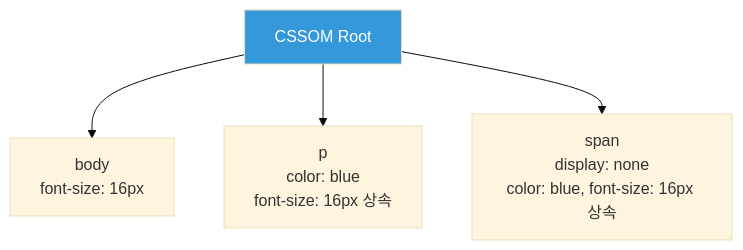
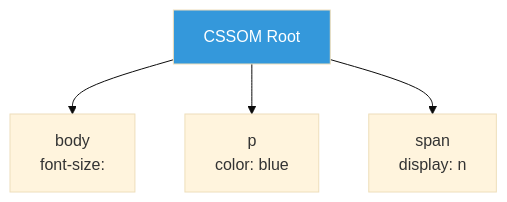
One commit to yjkim2015/yjkim2015.github.io changed the fifth of 10 diagrams in _posts/frontend/2026-05-02-browser-rendering.md. Above: the diagram before and after it, drawn with Mermaid (base theme). The commit also changed other lines of this file and 271 other files, not shown here.

First line of the commit message:
Mermaid 라벨 축소: 긴 노드 텍스트 18자 이하로 트림 + \n 제거

````diff
--- a/_posts/frontend/2026-05-02-browser-rendering.md
+++ b/_posts/frontend/2026-05-02-browser-rendering.md
@@ -140,7 +140,7 @@
 ```mermaid
 graph TD
-    CSSOM[CSSOM Root] --> BODY_CSS["body<br>font-size: 16px"]
-    CSSOM --> P_CSS["p<br>color: blue<br>font-size: 16px 상속"]
-    CSSOM --> SPAN_CSS["span<br>display: none<br>color: blue, font-size: 16px 상속"]
+    CSSOM[CSSOM Root] --> BODY_CSS["body<br>font-size:"]
+    CSSOM --> P_CSS["p<br>color: blue<b"]
+    CSSOM --> SPAN_CSS["span<br>display: n"]
     style CSSOM fill:#3498db,color:#fff
 ```
````
